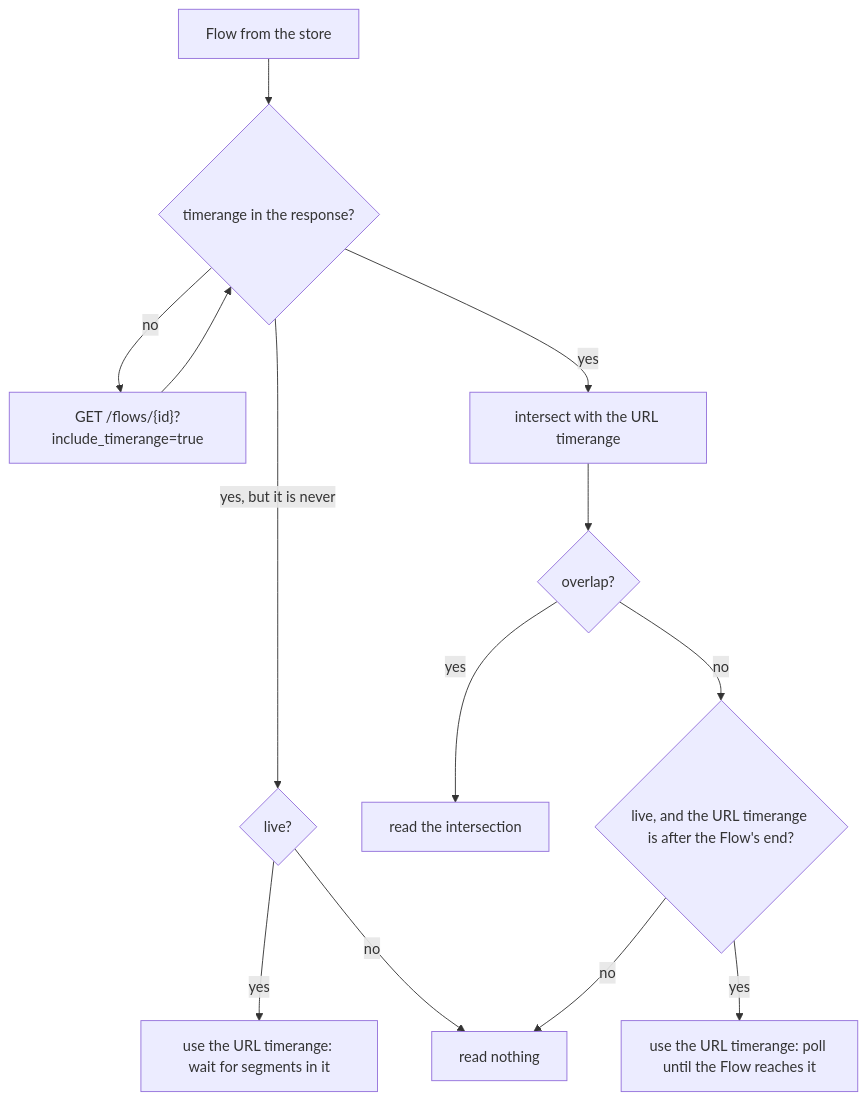
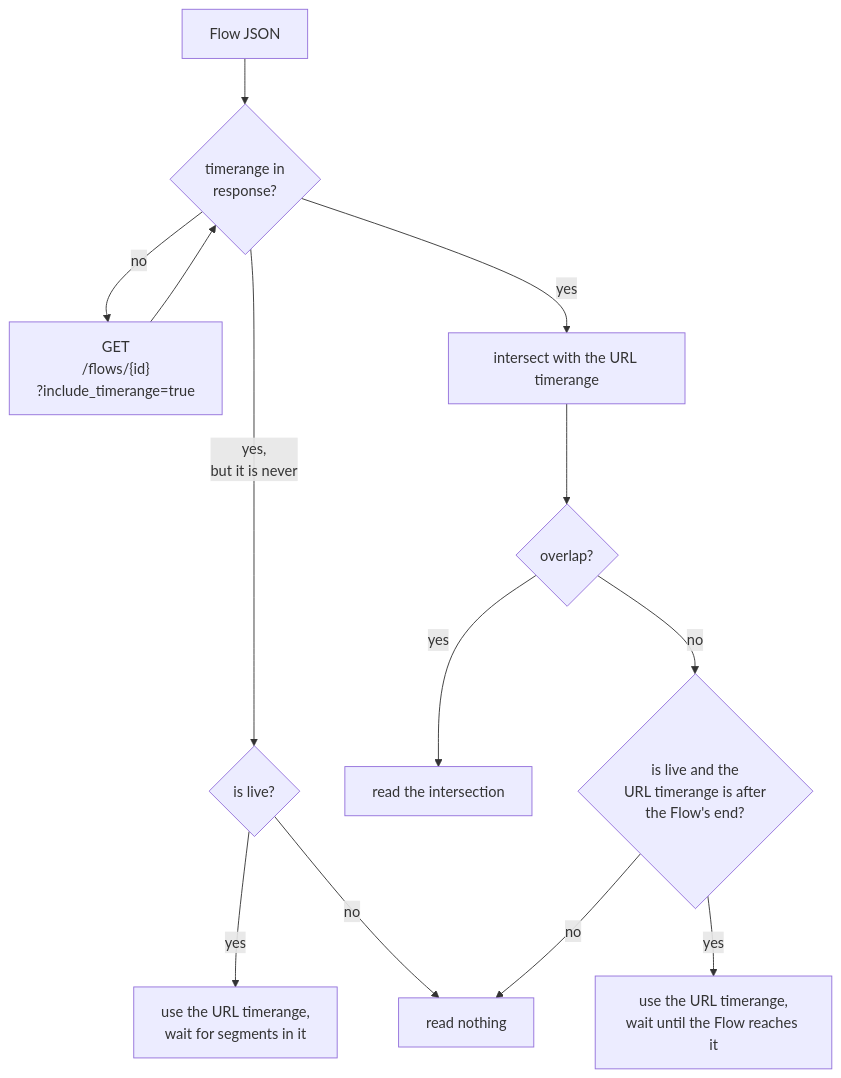
The fifth of 5 diagrams in content/news/tams-implementation-in-ffmpeg/index.md (hootworks/website), drawn with Mermaid before and after one commit. The commit also changed other lines of this file, not shown here.

````diff
--- a/content/news/tams-implementation-in-ffmpeg/index.md
+++ b/content/news/tams-implementation-in-ffmpeg/index.md
@@ -403,15 +461,15 @@
 ```mermaid
 flowchart TD
-    A["Flow from the store"] --> B{"timerange in the response?"}
-    B -- "no" --> C["GET /flows/{id}?include_timerange=true"]
+    A["Flow JSON"] --> B{"timerange in<br> response?"}
+    B -- "no" --> C["GET<br>/flows/{id}<br>?include_timerange=true"]
     C --> B
-    B -- "yes, but it is never" --> K{"live?"}
-    K -- "yes" --> D["use the URL timerange: wait for segments in it"]
+    B -- "yes,<br>but it is never" --> K{"is live?"}
+    K -- "yes" --> D["use the URL timerange,<br>wait for segments in it"]
     K -- "no" --> H
     B -- "yes" --> E["intersect with the URL timerange"]
     E --> F{"overlap?"}
     F -- "yes" --> G["read the intersection"]
-    F -- "no" --> J{"live, and the URL timerange is after the Flow's end?"}
+    F -- "no" --> J{"is live and the<br>URL timerange is after<br>the Flow's end?"}
     J -- "no" --> H["read nothing"]
-    J -- "yes" --> I["use the URL timerange: poll until the Flow reaches it"]
+    J -- "yes" --> I["use the URL timerange,<br>wait until the Flow reaches it"]
 ```
````
